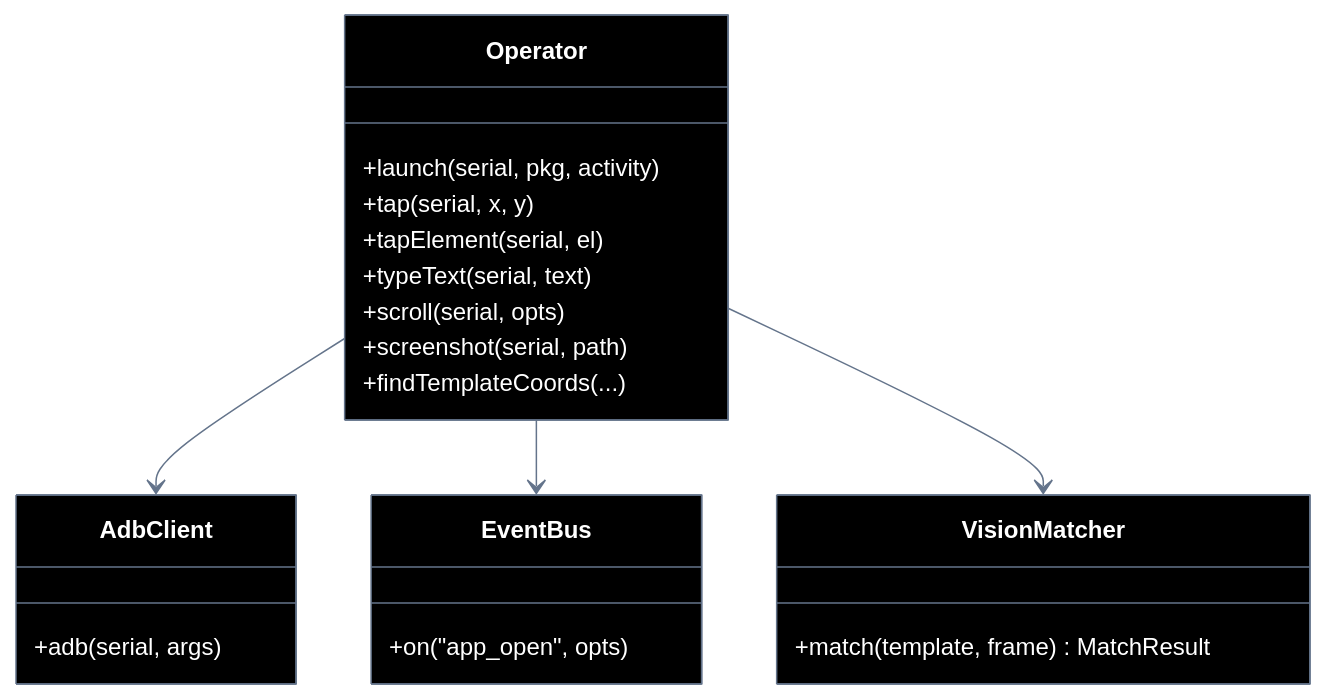
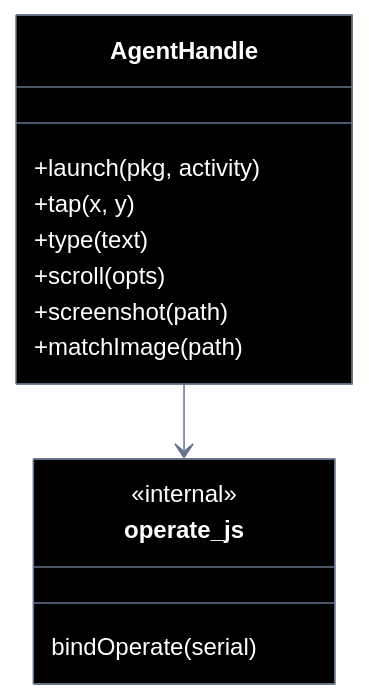
One commit to laerciogermano/workstation changed the second of 2 diagrams in connectmax/screen-robot/implementation-plan/EP-04-operar-tela.md. Above: the diagram before and after it, drawn with Mermaid. The commit also changed other lines of this file and 5 other files, not shown here.

First line of the commit message:
Alinha planos EP-03..06 ao padrão do handle (provisionar → métodos no AgentHandle).

````diff
--- a/connectmax/screen-robot/implementation-plan/EP-04-operar-tela.md
+++ b/connectmax/screen-robot/implementation-plan/EP-04-operar-tela.md
@@ -734,66 +165,41 @@
 ```mermaid
 ---
 config:
   theme: base
   themeVariables:
     darkMode: true
     background: '#000000'
     primaryColor: '#000000'
     primaryTextColor: '#ffffff'
     primaryBorderColor: '#64748b'
     secondaryColor: '#000000'
     secondaryTextColor: '#ffffff'
     secondaryBorderColor: '#64748b'
     tertiaryColor: '#000000'
     tertiaryTextColor: '#ffffff'
     tertiaryBorderColor: '#64748b'
     lineColor: '#64748b'
     textColor: '#ffffff'
     mainBkg: '#000000'
     nodeBorder: '#64748b'
     clusterBkg: '#000000'
     clusterBorder: '#333333'
     titleColor: '#ffffff'
-    edgeLabelBackground: '#000000'
-    actorBkg: '#000000'
-    actorBorder: '#64748b'
-    actorTextColor: '#ffffff'
-    actorLineColor: '#333333'
-    signalColor: '#94a3b8'
-    signalTextColor: '#ffffff'
-    labelBoxBkgColor: '#000000'
-    labelBoxBorderColor: '#64748b'
-    labelTextColor: '#ffffff'
-    loopTextColor: '#ffffff'
-    noteBorderColor: '#64748b'
-    noteBkgColor: '#111111'
-    noteTextColor: '#ffffff'
-    activationBorderColor: '#64748b'
-    activationBkgColor: '#1a1a1a'
-    sequenceNumberColor: '#ffffff'
     classText: '#ffffff'
 ---
 classDiagram
   direction TB
-  class Operator {
-    +launch(serial, pkg, activity)
-    +tap(serial, x, y)
-    +tapElement(serial, el)
-    +typeText(serial, text)
-    +scroll(serial, opts)
-    +screenshot(serial, path)
-    +findTemplateCoords(...)
+  class AgentHandle {
+    +launch(pkg, activity)
+    +tap(x, y)
+    +type(text)
+    +scroll(opts)
+    +screenshot(path)
+    +matchImage(path)
   }
-  class VisionMatcher {
-    +match(template, frame) MatchResult
+  class operate_js {
+    <<internal>>
+    bindOperate(serial)
   }
-  class EventBus {
-    +on("app_open", opts)
-  }
-  class AdbClient {
-    +adb(serial, args)
-  }
-  Operator --> AdbClient
-  Operator --> EventBus
-  Operator --> VisionMatcher
+  AgentHandle --> operate_js
 ```
````
